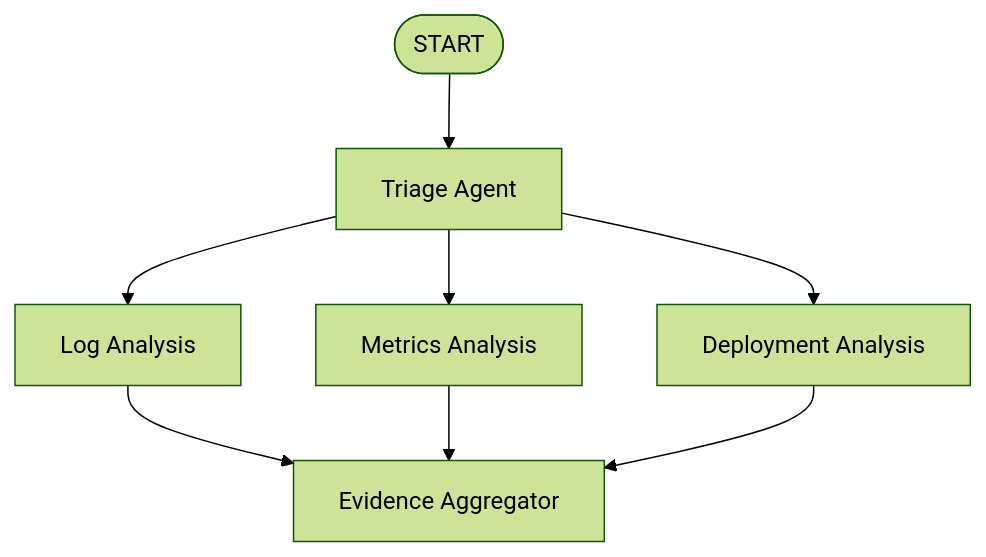
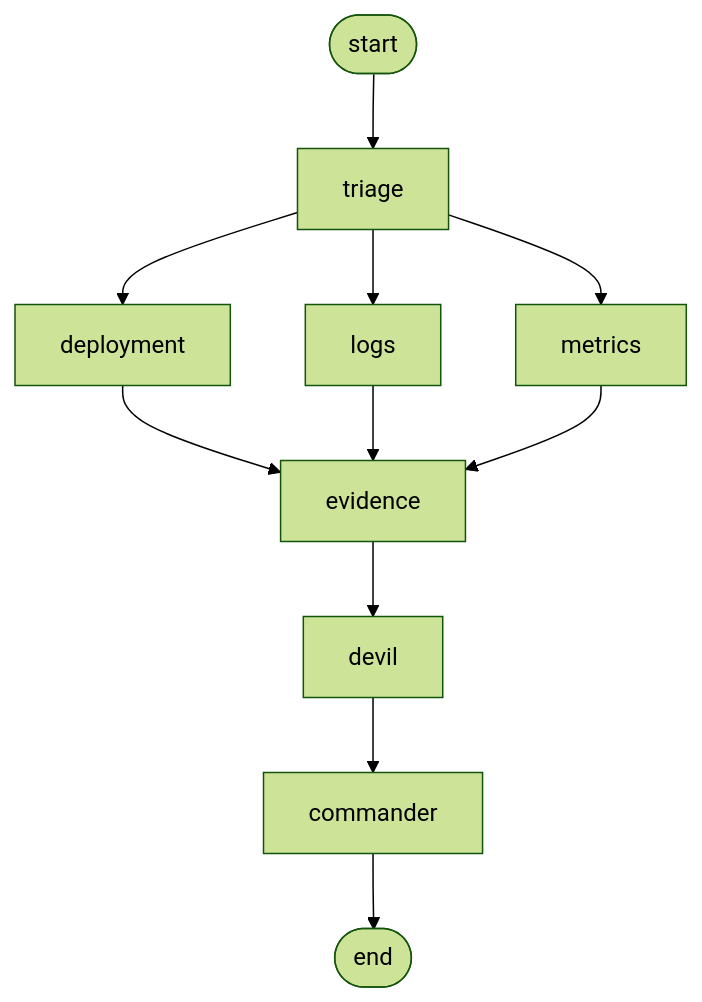
Before and after one commit to moonmido/agentops-incident-commander: the diagram in README.md, drawn with Mermaid (forest theme).

Commit message:
Revise workflow diagram for clarity and accuracy
Updated workflow diagram in README to reflect changes in process.

````diff
--- a/README.md
+++ b/README.md
@@ -40,10 +40,16 @@
 ```mermaid
 flowchart TD
-    START([START]) --> TRIAGE[Triage Agent]
-    TRIAGE --> LOGS[Log Analysis]
-    TRIAGE --> METRICS[Metrics Analysis]
-    TRIAGE --> DEPLOYMENT[Deployment Analysis]
-    LOGS --> EVIDENCE[Evidence Aggregator]
+    START([start]) --> TRIAGE[triage]
+    
+    TRIAGE --> DEPLOYMENT[deployment]
+    TRIAGE --> LOGS[logs]
+    TRIAGE --> METRICS[metrics]
+    
+    DEPLOYMENT --> EVIDENCE[evidence]
+    LOGS --> EVIDENCE
     METRICS --> EVIDENCE
-    DEPLOYMENT --> EVIDENCE
+    
+    EVIDENCE --> DEVIL[devil]
+    DEVIL --> COMMANDER[commander]
+    COMMANDER --> END([end])
 ```
````
